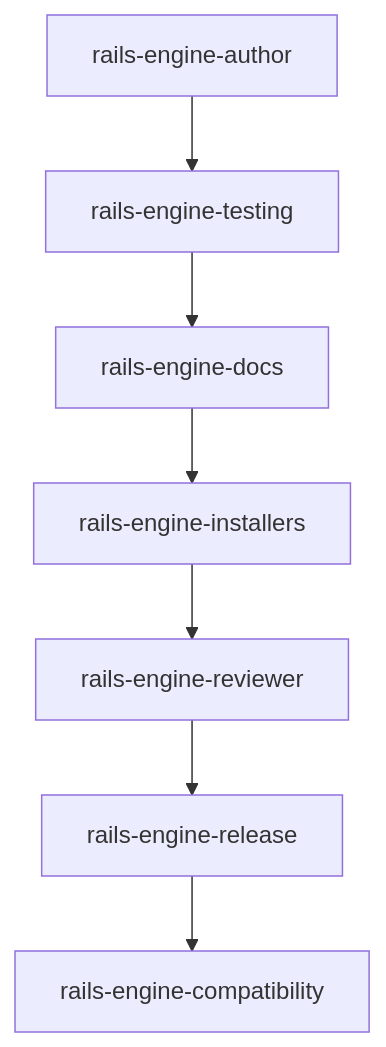
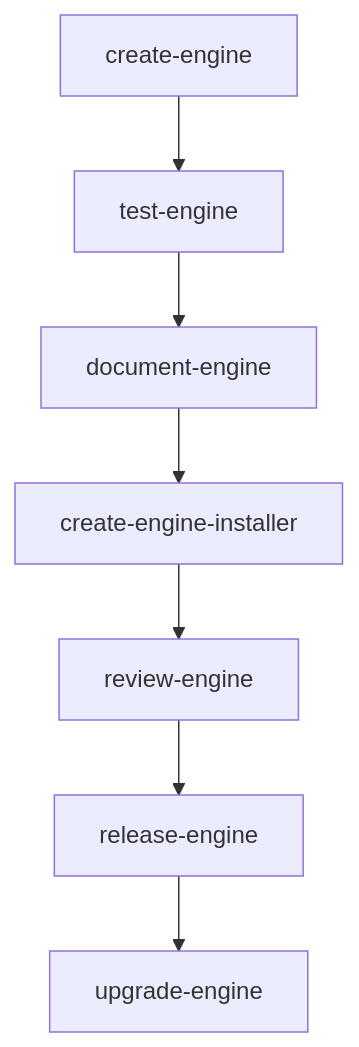
Before and after one commit to igmarin/my-RoR-personal-skills: diagram 14 of 17 in docs/workflow-guide.md, drawn with Mermaid. The commit also changed other lines of this file and 295 other files, not shown here.

First line of the commit message:
Refactor names flows (#57)

````diff
--- a/docs/workflow-guide.md
+++ b/docs/workflow-guide.md
@@ -599,9 +599,9 @@
 ```mermaid
 flowchart TD
-    A[rails-engine-author] --> B[rails-engine-testing]
-    B --> C[rails-engine-docs]
-    C --> D[rails-engine-installers]
-    D --> E[rails-engine-reviewer]
-    E --> F[rails-engine-release]
-    F --> G[rails-engine-compatibility]
+    A[create-engine] --> B[test-engine]
+    B --> C[document-engine]
+    C --> D[create-engine-installer]
+    D --> E[review-engine]
+    E --> F[release-engine]
+    F --> G[upgrade-engine]
 ```
````
